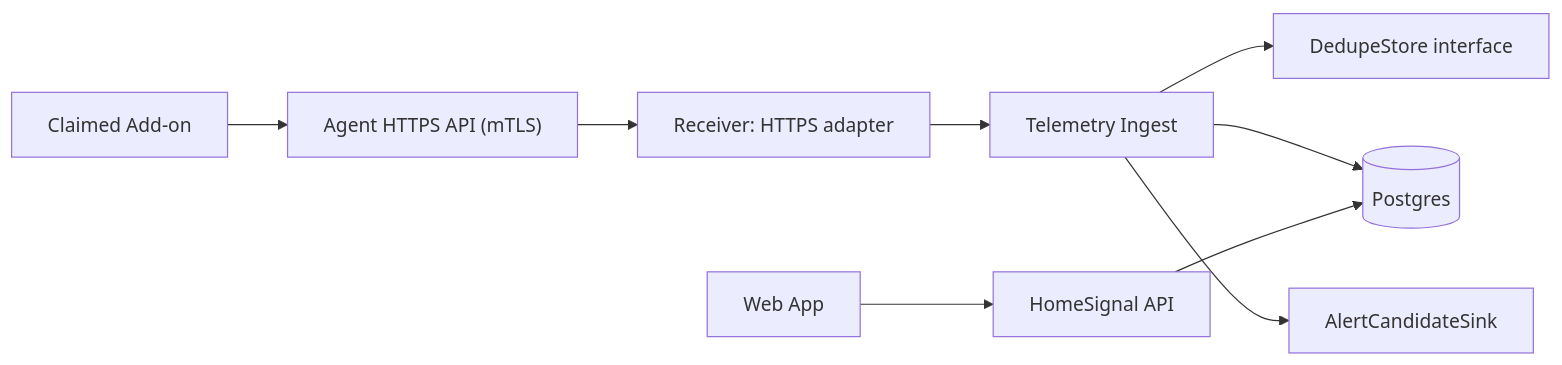
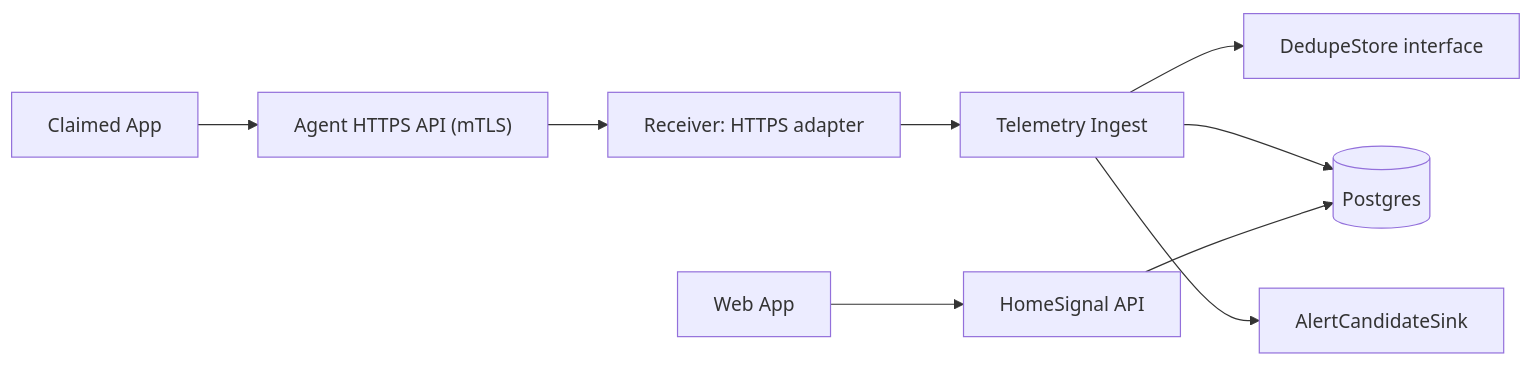
The diagram in design-docs/telemetry-ingest-architecture.md (homesignal-io/homesignal-home-assistant-app), drawn with Mermaid before and after one commit. The commit also changed other lines of this file and 73 other files, not shown here.

````diff
--- a/design-docs/telemetry-ingest-architecture.md
+++ b/design-docs/telemetry-ingest-architecture.md
@@ -84,11 +84,11 @@
 ```mermaid
 flowchart LR
-  Addon["Claimed Add-on"] --> AgentAPI["Agent HTTPS API (mTLS)"]
+  App["Claimed App"] --> AgentAPI["Agent HTTPS API (mTLS)"]
   AgentAPI --> Receiver["Receiver: HTTPS adapter"]
   Receiver --> Ingest["Telemetry Ingest"]
   Ingest --> Dedupe["DedupeStore interface"]
   Ingest --> DB[("Postgres")]
   Ingest --> AlertSink["AlertCandidateSink"]
   API["HomeSignal API"] --> DB
   Portal["Web App"] --> API
 ```
````
